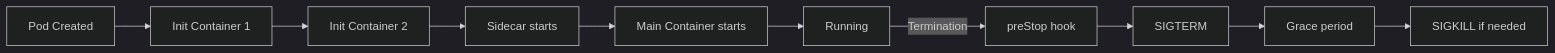
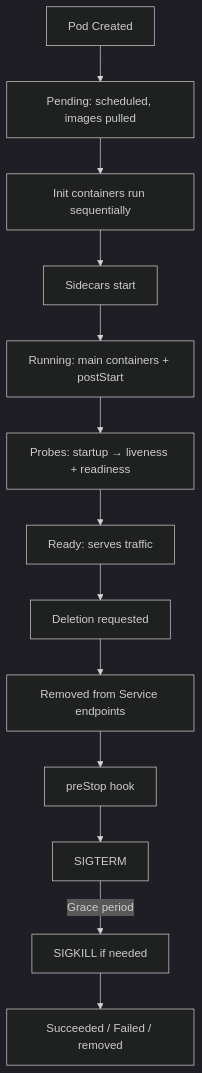
The diagram in src/content/recipes/kubernetes-pod-lifecycle-guide.md (greg4fun/kubernetesrecipes.github.io), drawn with Mermaid (dark theme) before and after one commit. The commit also changed other lines of this file and 97 other files, not shown here.

````diff
--- a/src/content/recipes/kubernetes-pod-lifecycle-guide.md
+++ b/src/content/recipes/kubernetes-pod-lifecycle-guide.md
@@ -81,12 +87,15 @@
 ```mermaid
-graph LR
-    A[Pod Created] --> B[Init Container 1]
-    B --> C[Init Container 2]
-    C --> D[Sidecar starts]
-    D --> E[Main Container starts]
-    E --> F[Running]
-    F -->|Termination| G[preStop hook]
-    G --> H[SIGTERM]
-    H --> I[Grace period]
-    I --> J[SIGKILL if needed]
+graph TD
+    A[Pod Created] --> B[Pending: scheduled, images pulled]
+    B --> C[Init containers run sequentially]
+    C --> D[Sidecars start]
+    D --> E[Running: main containers + postStart]
+    E --> F[Probes: startup → liveness + readiness]
+    F --> G[Ready: serves traffic]
+    G --> H[Deletion requested]
+    H --> I[Removed from Service endpoints]
+    I --> J[preStop hook]
+    J --> K[SIGTERM]
+    K -->|Grace period| L[SIGKILL if needed]
+    L --> M[Succeeded / Failed / removed]
 ```
````
